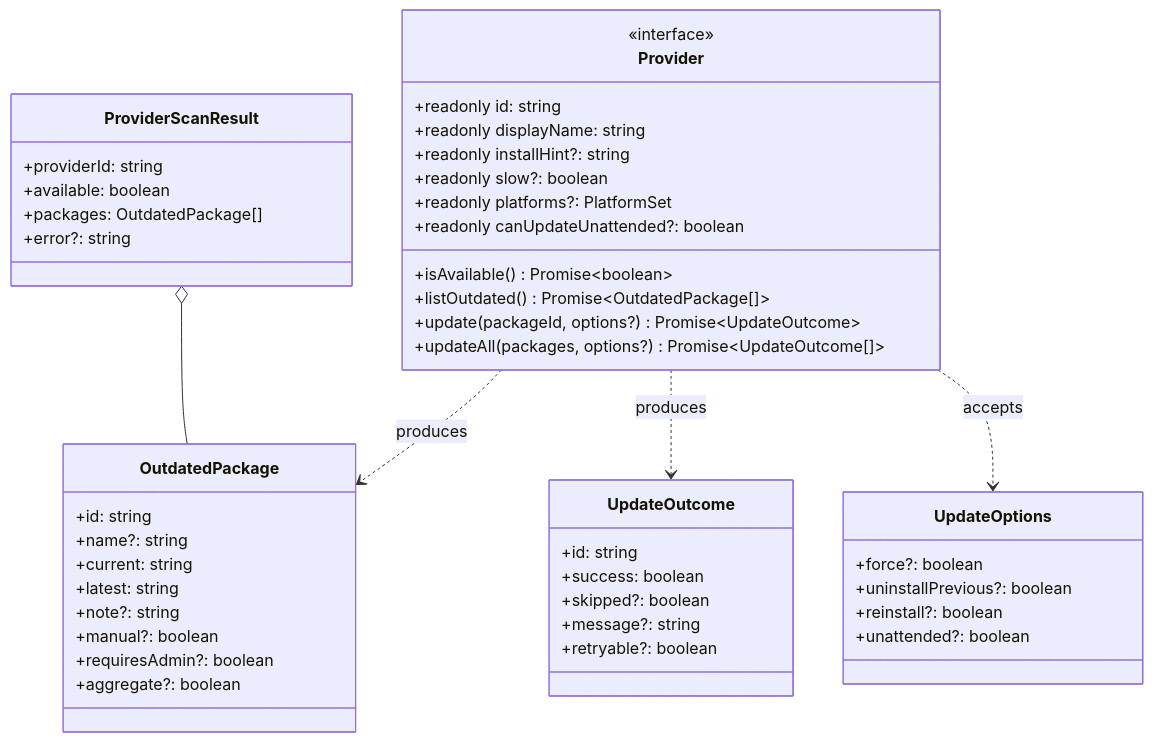
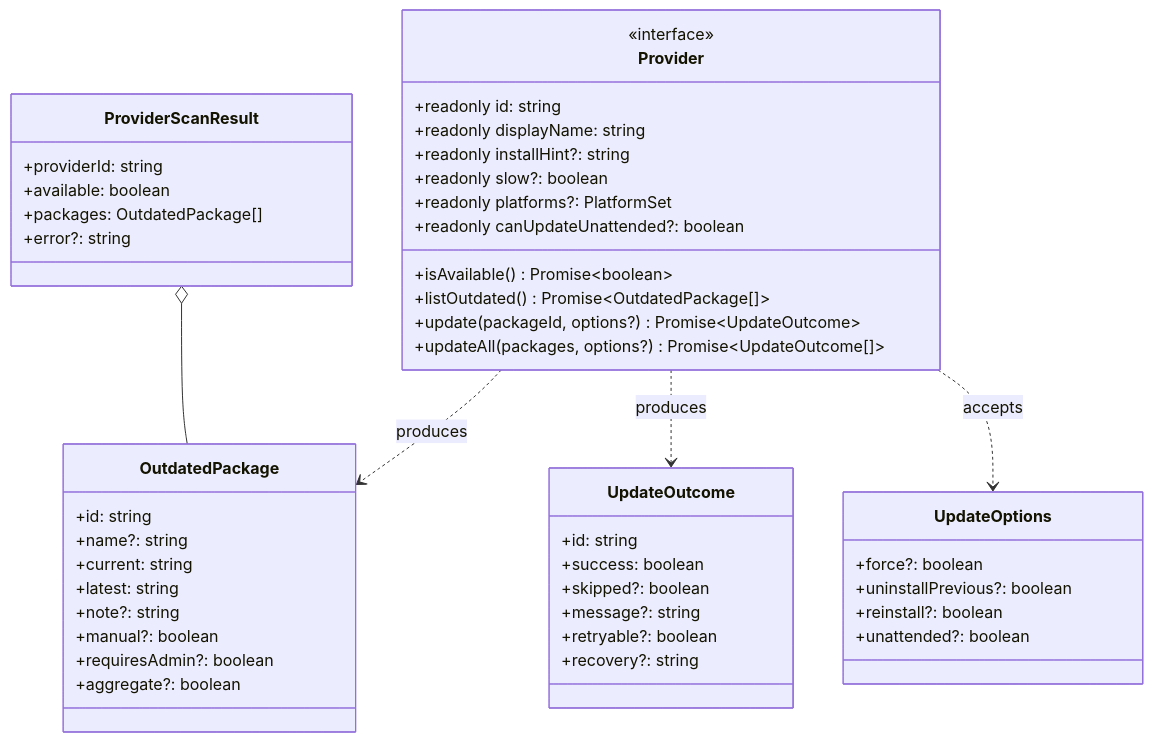
One commit to LINDECKER-Charles/gup changed the third of 12 diagrams in docs/development/architecture.md. Above: the diagram before and after it, drawn with Mermaid. The commit also changed other lines of this file and 19 other files, not shown here.

````diff
--- a/docs/development/architecture.md
+++ b/docs/development/architecture.md
@@ -136,54 +136,55 @@
 ```mermaid
 classDiagram
     class Provider {
         <<interface>>
         +readonly id: string
         +readonly displayName: string
         +readonly installHint?: string
         +readonly slow?: boolean
         +readonly platforms?: PlatformSet
         +readonly canUpdateUnattended?: boolean
         +isAvailable() Promise~boolean~
         +listOutdated() Promise~OutdatedPackage[]~
         +update(packageId, options?) Promise~UpdateOutcome~
         +updateAll(packages, options?) Promise~UpdateOutcome[]~
     }
 
     class OutdatedPackage {
         +id: string
         +name?: string
         +current: string
         +latest: string
         +note?: string
         +manual?: boolean
         +requiresAdmin?: boolean
         +aggregate?: boolean
     }
 
     class UpdateOutcome {
         +id: string
         +success: boolean
         +skipped?: boolean
         +message?: string
         +retryable?: boolean
+        +recovery?: string
     }
 
     class UpdateOptions {
         +force?: boolean
         +uninstallPrevious?: boolean
         +reinstall?: boolean
         +unattended?: boolean
     }
 
     class ProviderScanResult {
         +providerId: string
         +available: boolean
         +packages: OutdatedPackage[]
         +error?: string
     }
 
     Provider ..> OutdatedPackage : produces
     Provider ..> UpdateOutcome : produces
     Provider ..> UpdateOptions : accepts
     ProviderScanResult o-- OutdatedPackage
 ```
````
